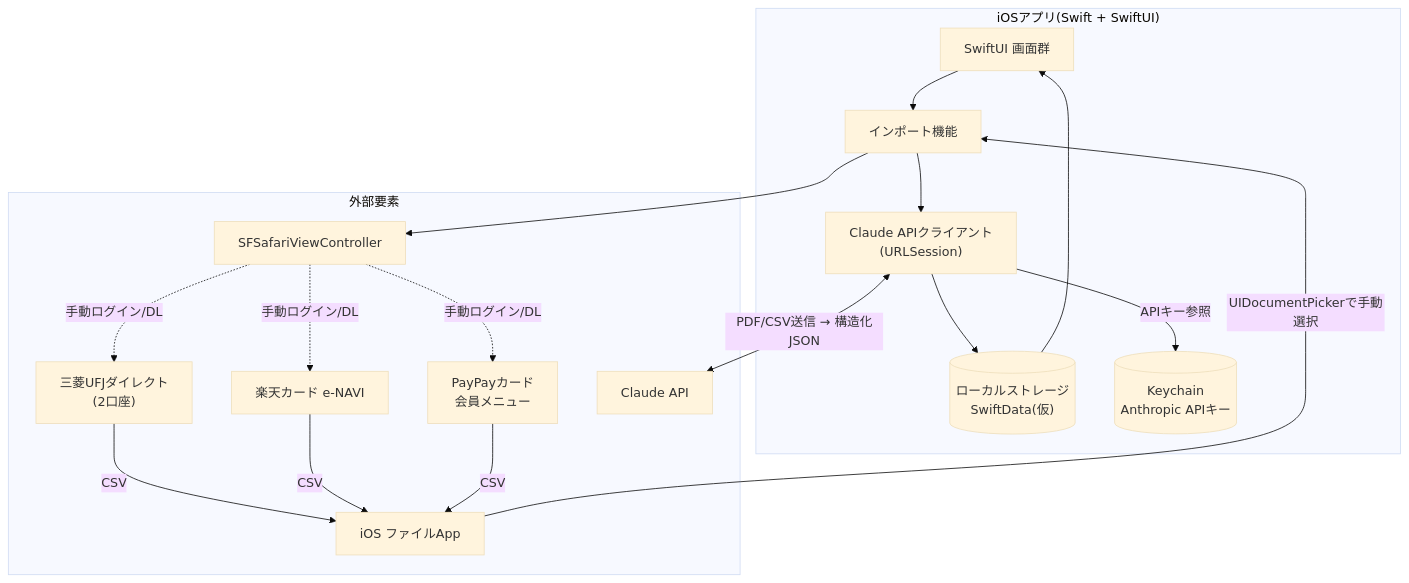
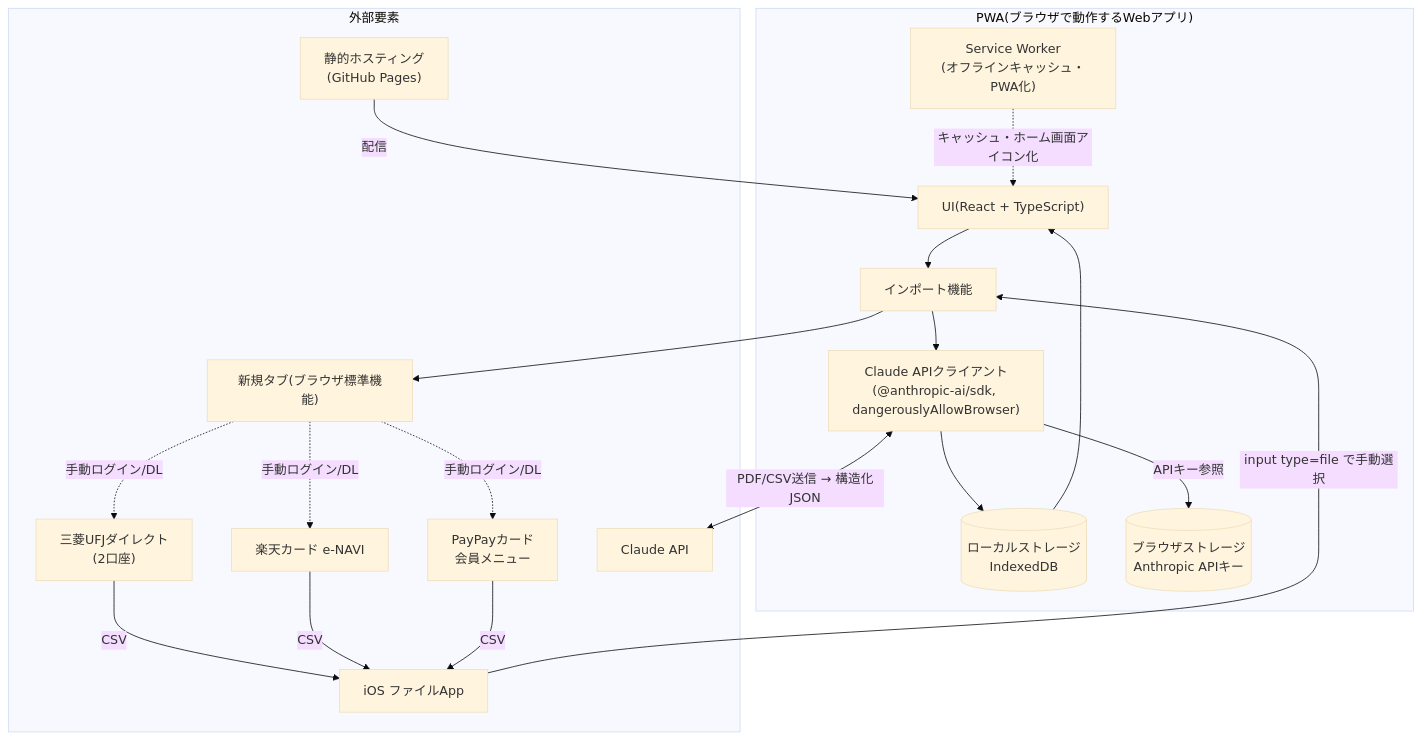
The first of 2 diagrams in docs/architecture.md (gotohhirohiko-netizen/sample), drawn with Mermaid (base theme) before and after one commit. The commit also changed other lines of this file and 4 other files, not shown here.

First line of the commit message:
Pivot from native iOS (Swift/SwiftUI) to a PWA

````diff
--- a/docs/architecture.md
+++ b/docs/architecture.md
@@ -7,34 +14,38 @@
 ```mermaid
 graph TB
-    subgraph app["iOSアプリ(Swift + SwiftUI)"]
-        UI["SwiftUI 画面群"]
+    subgraph app["PWA(ブラウザで動作するWebアプリ)"]
+        UI["UI(React + TypeScript)"]
         Import["インポート機能"]
-        Client["Claude APIクライアント<br/>(URLSession)"]
-        Store[("ローカルストレージ<br/>SwiftData(仮)")]
-        Keychain[("Keychain<br/>Anthropic APIキー")]
+        Client["Claude APIクライアント<br/>(@anthropic-ai/sdk, dangerouslyAllowBrowser)"]
+        Store[("ローカルストレージ<br/>IndexedDB")]
+        KeyStore[("ブラウザストレージ<br/>Anthropic APIキー")]
+        SW["Service Worker<br/>(オフラインキャッシュ・PWA化)"]
     end
 
     subgraph ext["外部要素"]
-        Safari["SFSafariViewController"]
+        NewTab["新規タブ(ブラウザ標準機能)"]
         MUFG["三菱UFJダイレクト<br/>(2口座)"]
         Rakuten["楽天カード e-NAVI"]
         PayPay["PayPayカード<br/>会員メニュー"]
         Files["iOS ファイルApp"]
         Claude["Claude API"]
+        Hosting["静的ホスティング<br/>(GitHub Pages)"]
     end
 
+    Hosting -->|配信| UI
     UI --> Import
-    Import --> Safari
-    Safari -.->|手動ログイン/DL| MUFG
-    Safari -.->|手動ログイン/DL| Rakuten
-    Safari -.->|手動ログイン/DL| PayPay
+    Import --> NewTab
+    NewTab -.->|手動ログイン/DL| MUFG
+    NewTab -.->|手動ログイン/DL| Rakuten
+    NewTab -.->|手動ログイン/DL| PayPay
     MUFG -->|CSV| Files
     Rakuten -->|CSV| Files
     PayPay -->|CSV| Files
-    Files -->|UIDocumentPickerで手動選択| Import
+    Files -->|input type=file で手動選択| Import
     Import --> Client
-    Client -->|APIキー参照| Keychain
+    Client -->|APIキー参照| KeyStore
     Client <-->|PDF/CSV送信 → 構造化JSON| Claude
     Client --> Store
     Store --> UI
+    SW -.->|キャッシュ・ホーム画面アイコン化| UI
 ```
````
